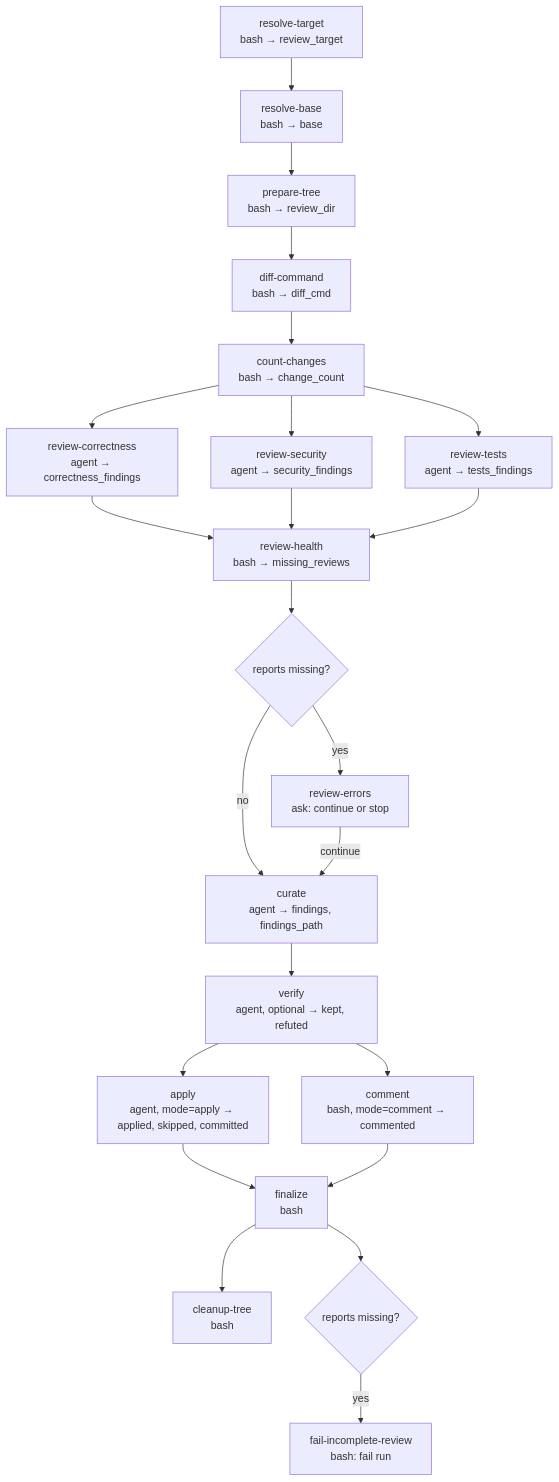
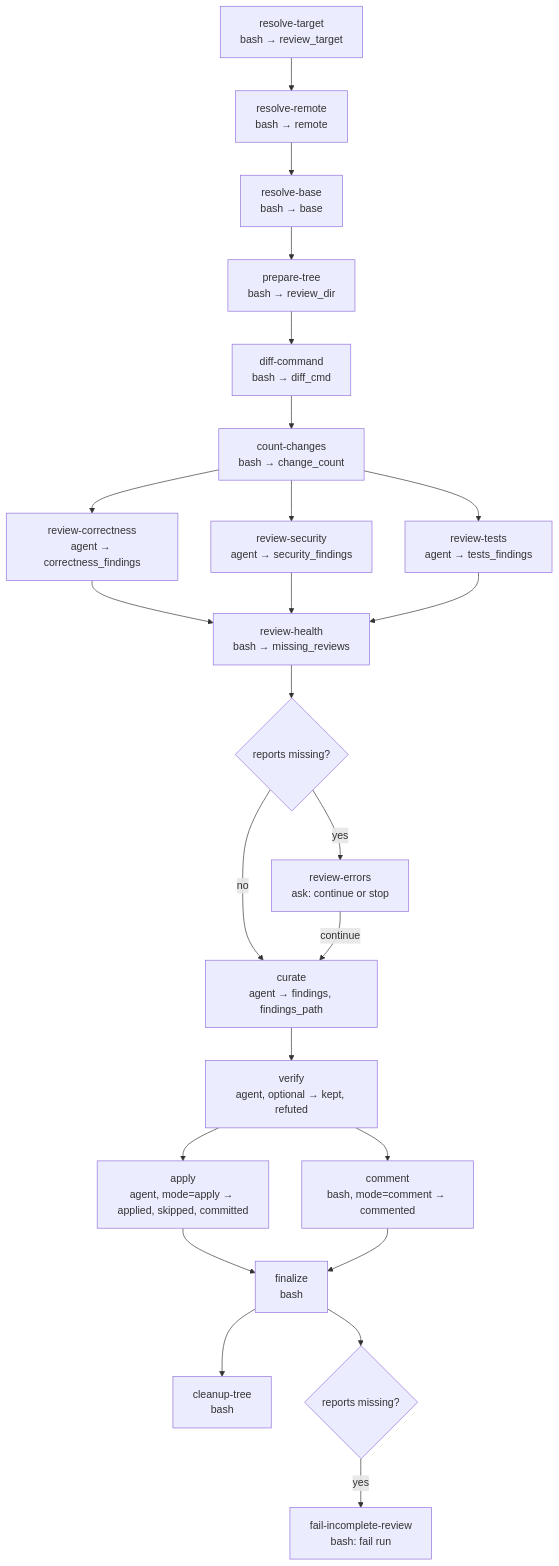
The diagram in plugins/wise/workflows/code-review/README.md (e1024kb/wise-claude), drawn with Mermaid before and after one commit. The commit also changed other lines of this file and 14 other files, not shown here.

````diff
--- a/plugins/wise/workflows/code-review/README.md
+++ b/plugins/wise/workflows/code-review/README.md
@@ -68,25 +73,26 @@
 ```mermaid
 flowchart TD
-    T[resolve-target<br/>bash → review_target] --> A[resolve-base<br/>bash → base]
+    T[resolve-target<br/>bash → review_target] --> U[resolve-remote<br/>bash → remote]
+    U --> A[resolve-base<br/>bash → base]
     A --> P[prepare-tree<br/>bash → review_dir]
     P --> Q[diff-command<br/>bash → diff_cmd]
     Q --> B[count-changes<br/>bash → change_count]
     B --> C[review-correctness<br/>agent → correctness_findings]
     B --> D[review-security<br/>agent → security_findings]
     B --> E[review-tests<br/>agent → tests_findings]
     C --> J[review-health<br/>bash → missing_reviews]
     D --> J
     E --> J
     J --> K{reports missing?}
     K -->|yes| L[review-errors<br/>ask: continue or stop]
     K -->|no| F[curate<br/>agent → findings, findings_path]
     L -->|continue| F
     F --> G[verify<br/>agent, optional → kept, refuted]
     G --> H[apply<br/>agent, mode=apply → applied, skipped, committed]
     G --> O[comment<br/>bash, mode=comment → commented]
     H --> I[finalize<br/>bash]
     O --> I
     I --> R[cleanup-tree<br/>bash]
     I --> M{reports missing?}
     M -->|yes| N[fail-incomplete-review<br/>bash: fail run]
 ```
````
